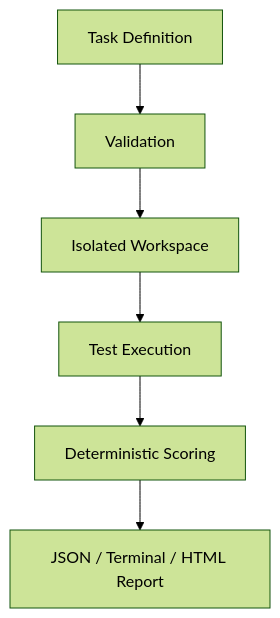
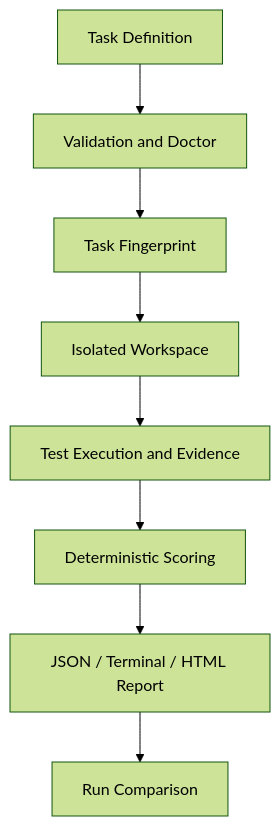
The diagram in README.md (chenwei217/RepoGym), drawn with Mermaid (forest theme) before and after one commit. The commit also changed other lines of this file and 2 other files, not shown here.

Commit message:
docs: document reproducibility and comparison workflows

````diff
--- a/README.md
+++ b/README.md
@@ -121,8 +166,10 @@
 ```mermaid
 flowchart TD
-    A[Task Definition] --> B[Validation]
-    B --> C[Isolated Workspace]
-    C --> D[Test Execution]
-    D --> E[Deterministic Scoring]
-    E --> F[JSON / Terminal / HTML Report]
+    A[Task Definition] --> B[Validation and Doctor]
+    B --> C[Task Fingerprint]
+    C --> D[Isolated Workspace]
+    D --> E[Test Execution and Evidence]
+    E --> F[Deterministic Scoring]
+    F --> G[JSON / Terminal / HTML Report]
+    G --> H[Run Comparison]
 ```
````
